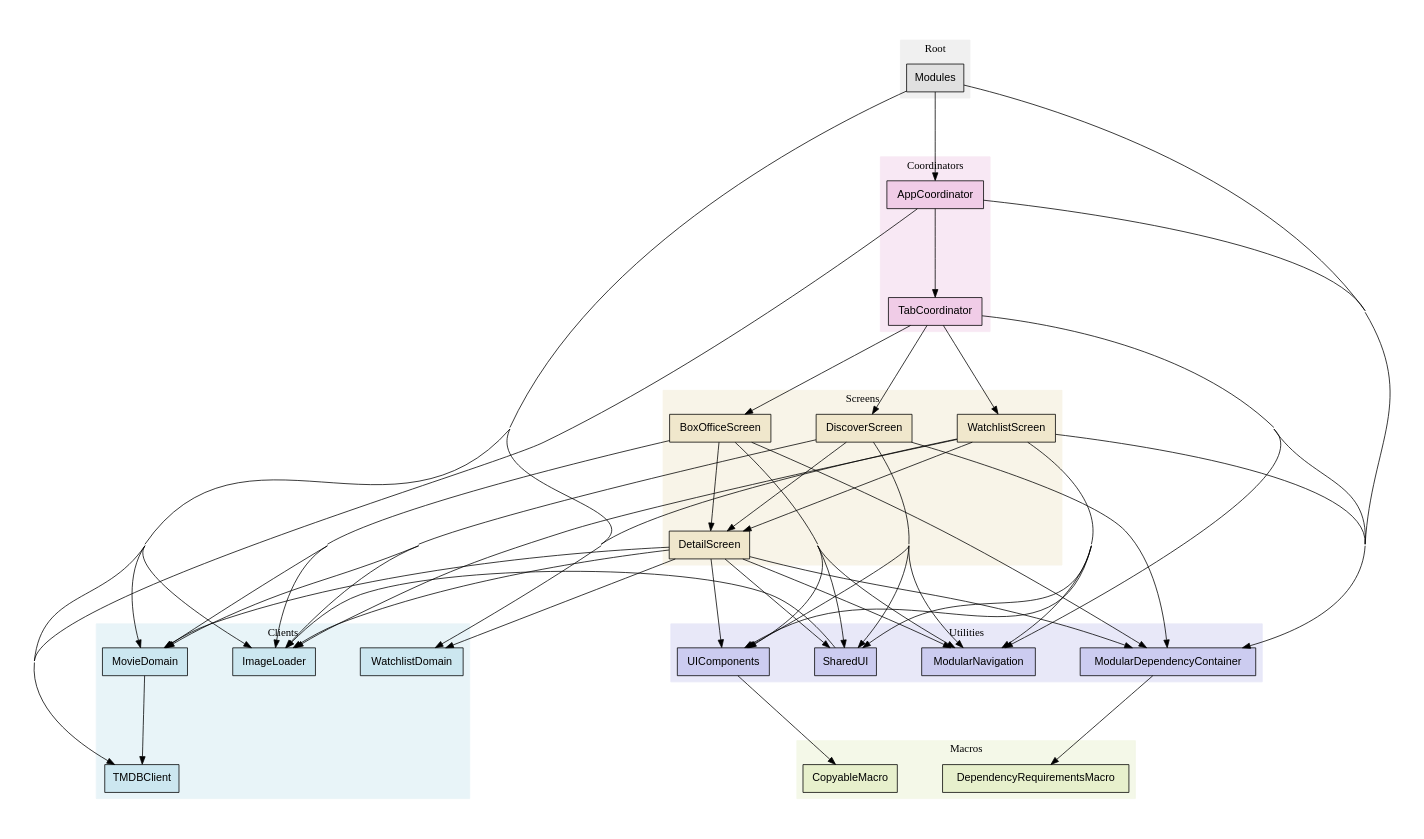
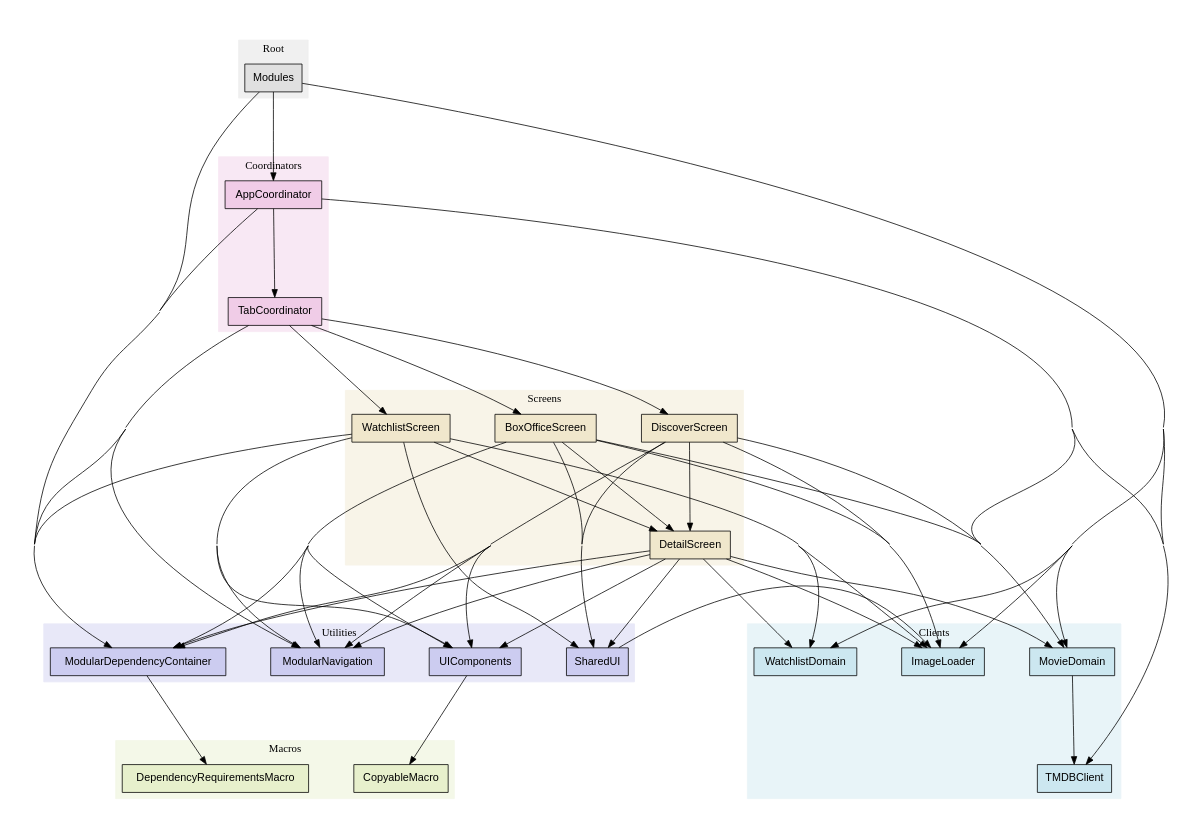
Before and after one commit to stephane-at-hatch/DIDemo: the diagram in dependency-graph-modules.dot, drawn with Graphviz. The commit also changed 41 other files, not shown here.

```diff
--- a/dependency-graph-modules.dot
+++ b/dependency-graph-modules.dot
@@ -1,117 +1,118 @@
 digraph ModuleDependencies {
     rankdir=TB;
     ranksep=1.6;
     nodesep=0.8;
     pad=0.5;
     compound=true;
     concentrate=true;
     splines=spline;
     node [shape=box, style=filled, fontname="Helvetica"];
 
     subgraph cluster_utilities {
         label="Utilities";
         style=filled;
         color="#e8e8f8";
 
         ModularDependencyContainer [label="ModularDependencyContainer", fillcolor="#ccccf0"];
         ModularNavigation [label="ModularNavigation", fillcolor="#ccccf0"];
         SharedUI [label="SharedUI", fillcolor="#ccccf0"];
         UIComponents [label="UIComponents", fillcolor="#ccccf0"];
     }
 
     subgraph cluster_clients {
         label="Clients";
         style=filled;
         color="#e8f4f8";
 
         ImageLoader [label="ImageLoader", fillcolor="#cce7f0"];
         MovieDomain [label="MovieDomain", fillcolor="#cce7f0"];
         TMDBClient [label="TMDBClient", fillcolor="#cce7f0"];
         WatchlistDomain [label="WatchlistDomain", fillcolor="#cce7f0"];
     }
 
     subgraph cluster_screens {
         label="Screens";
         style=filled;
         color="#f8f4e8";
 
         BoxOfficeScreen [label="BoxOfficeScreen", fillcolor="#f0e7cc"];
         DetailScreen [label="DetailScreen", fillcolor="#f0e7cc"];
         DiscoverScreen [label="DiscoverScreen", fillcolor="#f0e7cc"];
         WatchlistScreen [label="WatchlistScreen", fillcolor="#f0e7cc"];
     }
 
     subgraph cluster_coordinators {
         label="Coordinators";
         style=filled;
         color="#f8e8f4";
 
         AppCoordinator [label="AppCoordinator", fillcolor="#f0cce7"];
         TabCoordinator [label="TabCoordinator", fillcolor="#f0cce7"];
     }
 
     subgraph cluster_macros {
         label="Macros";
         style=filled;
         color="#f4f8e8";
 
         CopyableMacro [label="CopyableMacro", fillcolor="#e7f0cc"];
         DependencyRequirementsMacro [label="DependencyRequirementsMacro", fillcolor="#e7f0cc"];
     }
 
     subgraph cluster_root {
         label="Root";
         style=filled;
         color="#f0f0f0";
 
         Modules [label="Modules", fillcolor="#e0e0e0"];
     }
 
     // Dependencies
     Modules -> ModularDependencyContainer;
     Modules -> TMDBClient;
     Modules -> ImageLoader;
     Modules -> MovieDomain;
     Modules -> WatchlistDomain;
     Modules -> AppCoordinator;
     AppCoordinator -> ModularDependencyContainer;
+    AppCoordinator -> MovieDomain;
     AppCoordinator -> TabCoordinator;
     AppCoordinator -> TMDBClient;
     TabCoordinator -> ModularDependencyContainer;
     TabCoordinator -> BoxOfficeScreen;
     TabCoordinator -> DiscoverScreen;
     TabCoordinator -> WatchlistScreen;
     TabCoordinator -> ModularNavigation;
     BoxOfficeScreen -> ModularDependencyContainer;
     BoxOfficeScreen -> ModularNavigation;
     BoxOfficeScreen -> MovieDomain;
     BoxOfficeScreen -> ImageLoader;
     BoxOfficeScreen -> DetailScreen;
     BoxOfficeScreen -> UIComponents;
     BoxOfficeScreen -> SharedUI;
     DiscoverScreen -> ModularDependencyContainer;
     DiscoverScreen -> ModularNavigation;
     DiscoverScreen -> MovieDomain;
     DiscoverScreen -> ImageLoader;
     DiscoverScreen -> DetailScreen;
     DiscoverScreen -> UIComponents;
     DiscoverScreen -> SharedUI;
     DetailScreen -> ModularDependencyContainer;
     DetailScreen -> ModularNavigation;
     DetailScreen -> MovieDomain;
     DetailScreen -> WatchlistDomain;
     DetailScreen -> ImageLoader;
     DetailScreen -> UIComponents;
     DetailScreen -> SharedUI;
     WatchlistScreen -> ModularDependencyContainer;
     WatchlistScreen -> ModularNavigation;
     WatchlistScreen -> WatchlistDomain;
     WatchlistScreen -> ImageLoader;
     WatchlistScreen -> DetailScreen;
     WatchlistScreen -> UIComponents;
     WatchlistScreen -> SharedUI;
     MovieDomain -> TMDBClient;
     ModularDependencyContainer -> DependencyRequirementsMacro;
     SharedUI -> ImageLoader;
     UIComponents -> CopyableMacro;
 }
```
